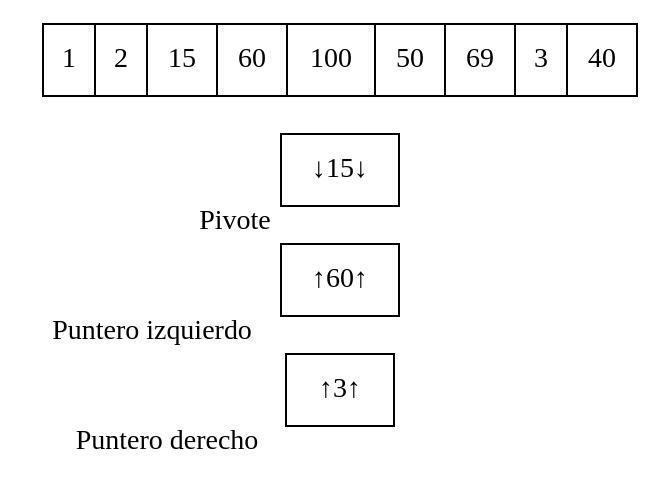
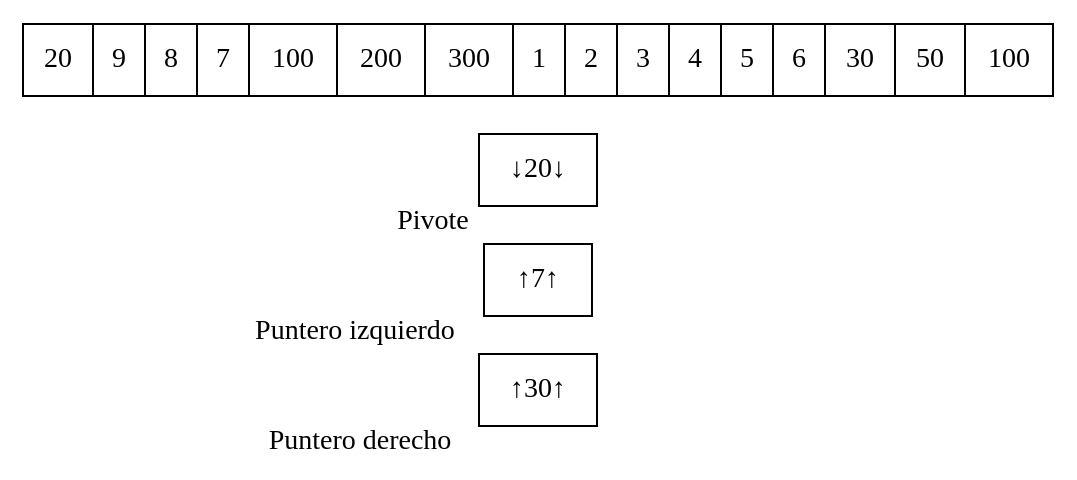
One commit to oscarc99/EDD_DIC_2019_PY2_201709140- changed the diagram in build/classes/Imagenes/quicksort/i25.dot. Above: the diagram before and after it, drawn with Graphviz. The commit also changed 655 other files, not shown here.

```diff
--- a/build/classes/Imagenes/quicksort/i25.dot
+++ b/build/classes/Imagenes/quicksort/i25.dot
@@ -1,5 +1,5 @@
 digraph G{ node [shape = record ];
- rankdir=LR;puntDer[label="↑3↑" xlabel="Puntero derecho" pos = "12,0!"]
-puntIzq[label="↑60↑" xlabel="Puntero izquierdo" pos = "8,0!"]
-pivote[label="↓15↓" xlabel ="Pivote" pos = "10,2!"]
-X[label="{ 1|2|15|60|100|50|69|3|40}" pos = "10,1!" ]}
+ rankdir=LR;puntDer[label="↑30↑" xlabel="Puntero derecho" pos = "12,0!"]
+puntIzq[label="↑7↑" xlabel="Puntero izquierdo" pos = "8,0!"]
+pivote[label="↓20↓" xlabel ="Pivote" pos = "10,2!"]
+X[label="{ 20|9|8|7|100|200|300|1|2|3|4|5|6|30|50|100}" pos = "10,1!" ]}
```
